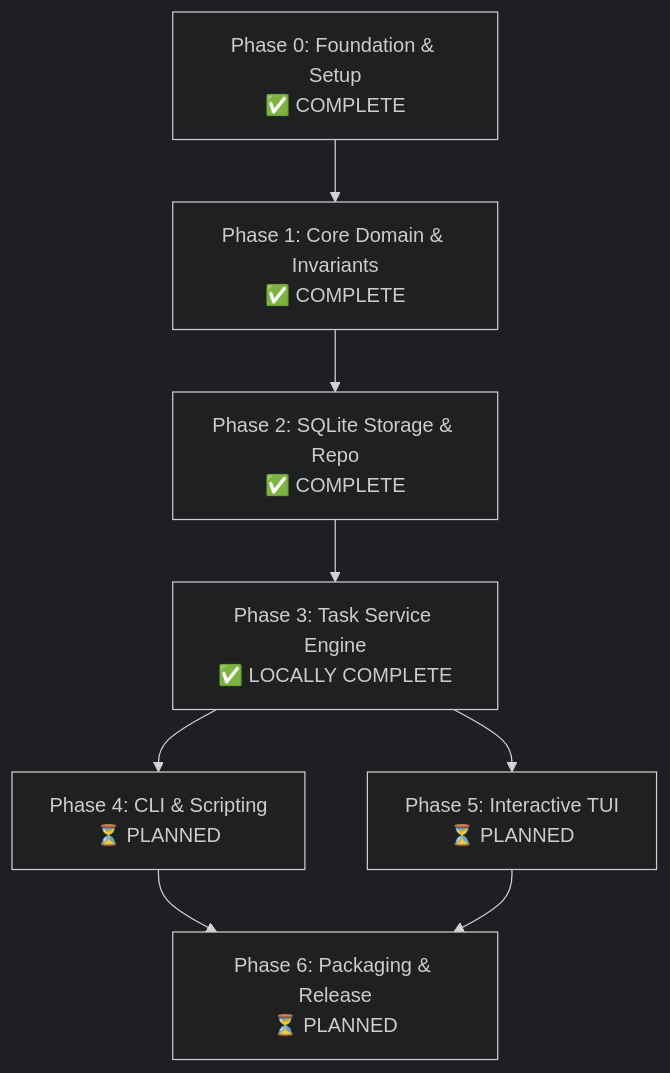
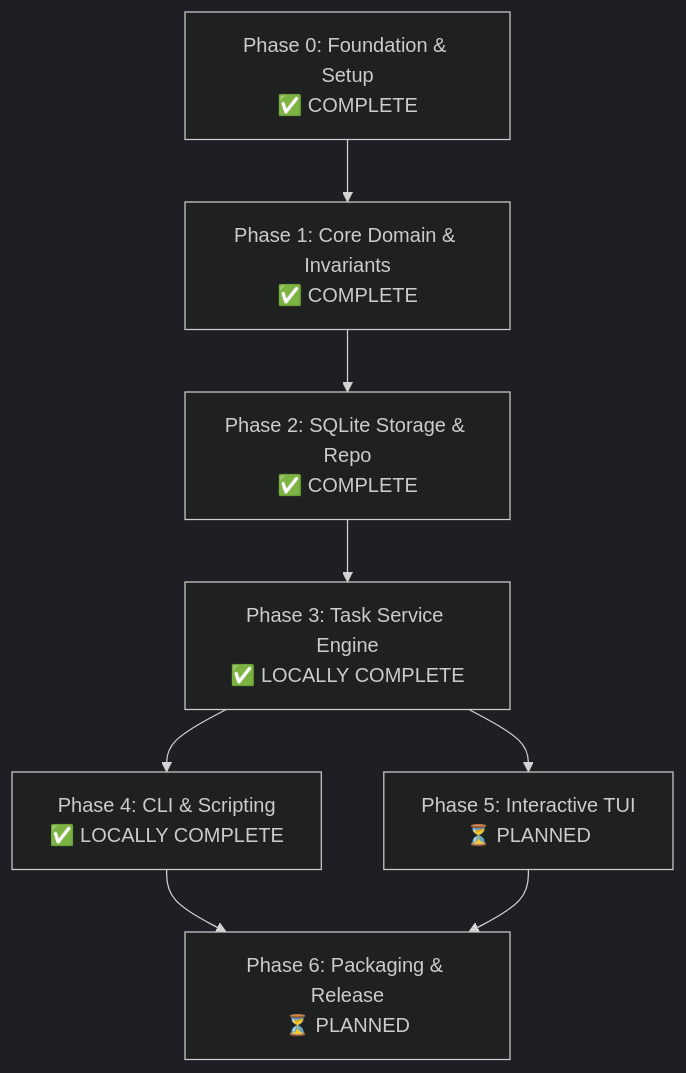
One commit to newbpydev/tusk changed the diagram in MASTERPLAN.md. Above: the diagram before and after it, drawn with Mermaid (dark theme). The commit also changed other lines of this file and 265 other files, not shown here.

First line of the commit message:
feat(cli): verify scripting recovery and reference latency (U6)

````diff
--- a/MASTERPLAN.md
+++ b/MASTERPLAN.md
@@ -25,10 +67,10 @@
 ```mermaid
 graph TD
     P0[Phase 0: Foundation & Setup<br/>✅ COMPLETE] --> P1[Phase 1: Core Domain & Invariants<br/>✅ COMPLETE]
     P1 --> P2[Phase 2: SQLite Storage & Repo<br/>✅ COMPLETE]
     P2 --> P3[Phase 3: Task Service Engine<br/>✅ LOCALLY COMPLETE]
-    P3 --> P4[Phase 4: CLI & Scripting<br/>⏳ PLANNED]
+    P3 --> P4[Phase 4: CLI & Scripting<br/>✅ LOCALLY COMPLETE]
     P3 --> P5[Phase 5: Interactive TUI<br/>⏳ PLANNED]
     P4 --> P6[Phase 6: Packaging & Release<br/>⏳ PLANNED]
     P5 --> P6
 ```
````
